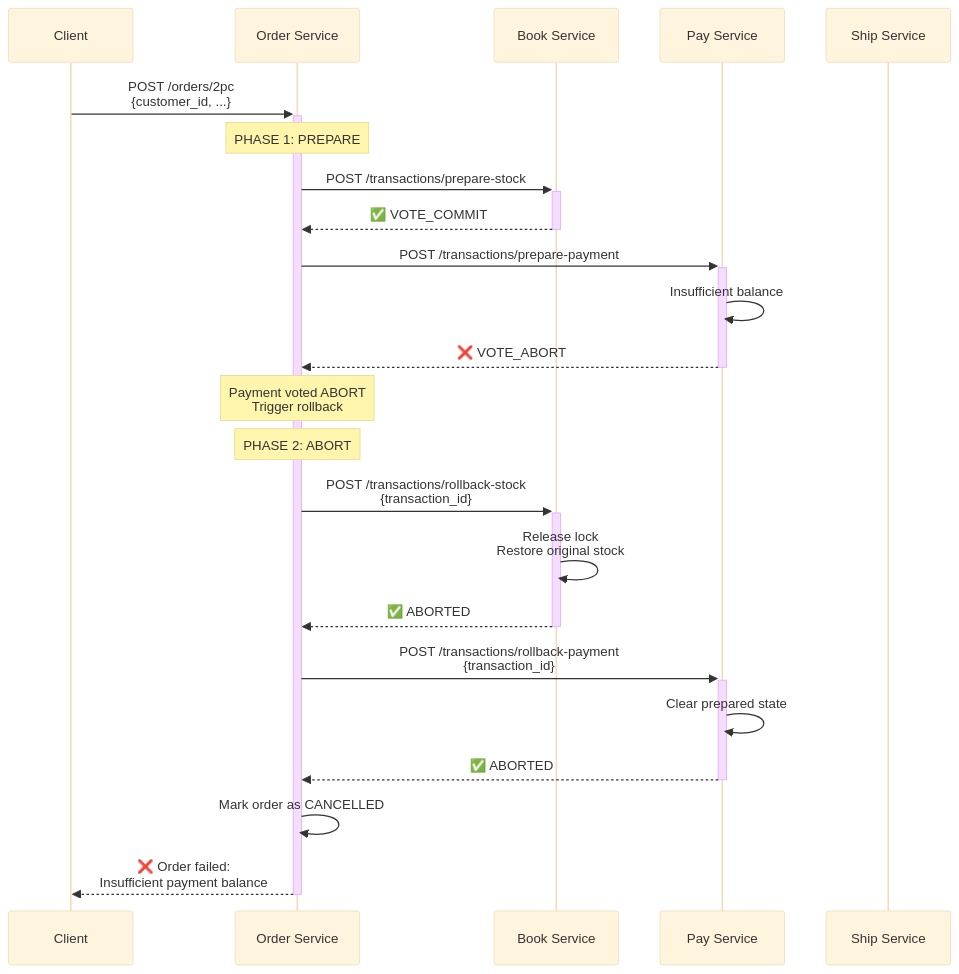
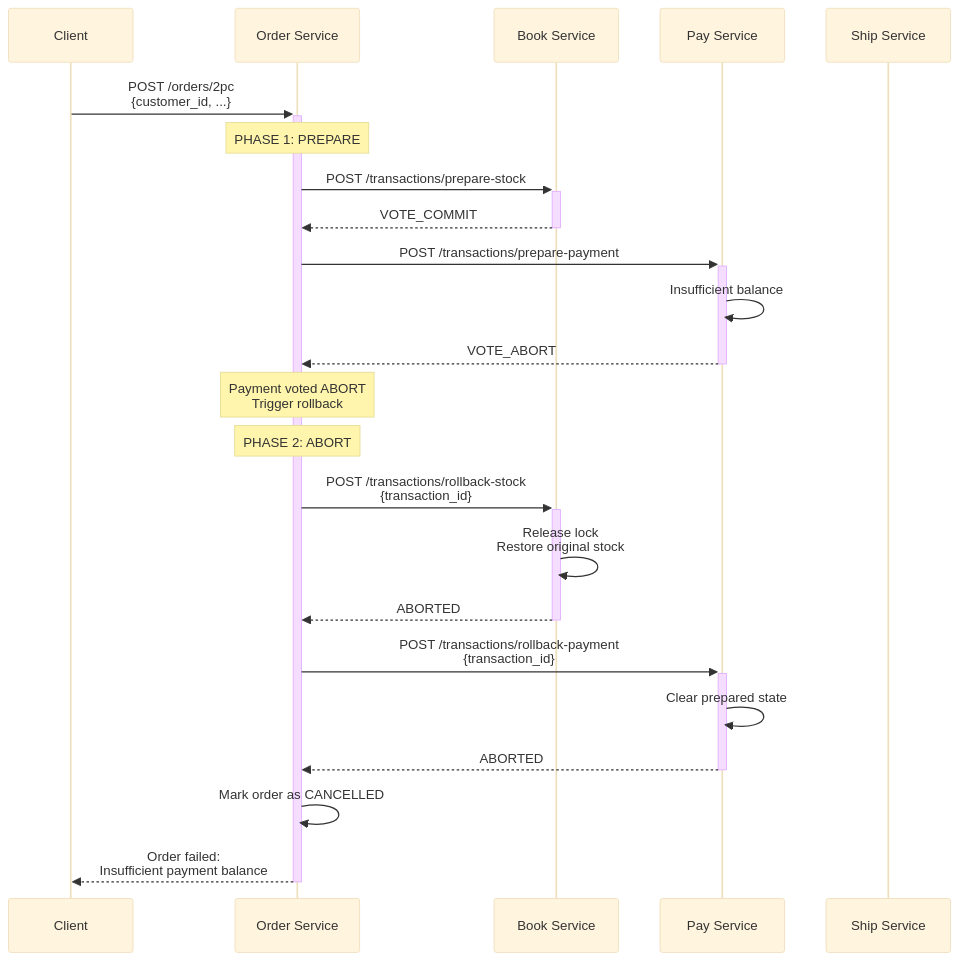
One commit to ttvKieran/bookstore-microservices changed the fifth of 17 diagrams in docs/architecture-diagrams.md. Above: the diagram before and after it, drawn with Mermaid (base theme). The commit also changed other lines of this file, not shown here.

````diff
--- a/docs/architecture-diagrams.md
+++ b/docs/architecture-diagrams.md
@@ -179,34 +219,34 @@
 ```mermaid
 sequenceDiagram
     participant Client
     participant Order as Order Service
     participant Book as Book Service
     participant Pay as Pay Service
     participant Ship as Ship Service
     
     Client->>+Order: POST /orders/2pc<br/>{customer_id, ...}
     
     Note over Order: PHASE 1: PREPARE
     
     Order->>+Book: POST /transactions/prepare-stock
-    Book-->>-Order: ✅ VOTE_COMMIT
+    Book-->>-Order: VOTE_COMMIT
     
     Order->>+Pay: POST /transactions/prepare-payment
     Pay->>Pay: Insufficient balance
-    Pay-->>-Order: ❌ VOTE_ABORT
+    Pay-->>-Order: VOTE_ABORT
     
     Note over Order: Payment voted ABORT<br/>Trigger rollback
     Note over Order: PHASE 2: ABORT
     
     Order->>+Book: POST /transactions/rollback-stock<br/>{transaction_id}
     Book->>Book: Release lock<br/>Restore original stock
-    Book-->>-Order: ✅ ABORTED
+    Book-->>-Order: ABORTED
     
     Order->>+Pay: POST /transactions/rollback-payment<br/>{transaction_id}
     Pay->>Pay: Clear prepared state
-    Pay-->>-Order: ✅ ABORTED
+    Pay-->>-Order: ABORTED
     
     Order->>Order: Mark order as CANCELLED
     
-    Order-->>-Client: ❌ Order failed:<br/>Insufficient payment balance
+    Order-->>-Client: Order failed:<br/>Insufficient payment balance
 ```
````
